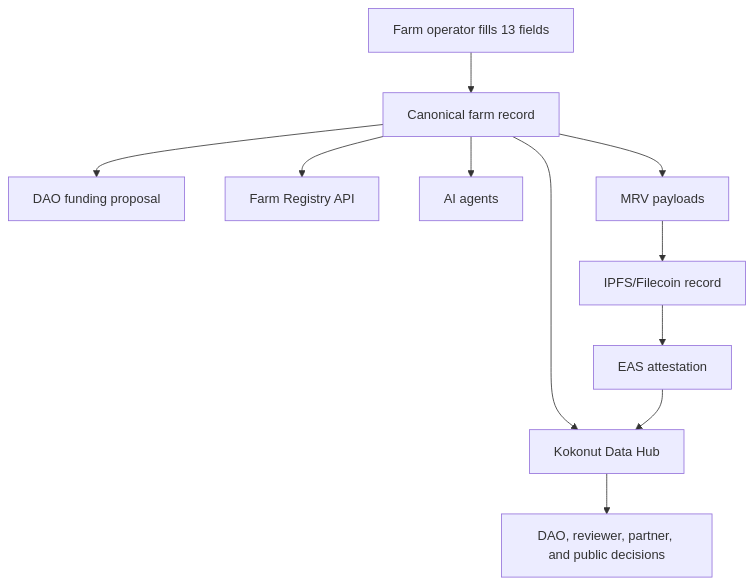
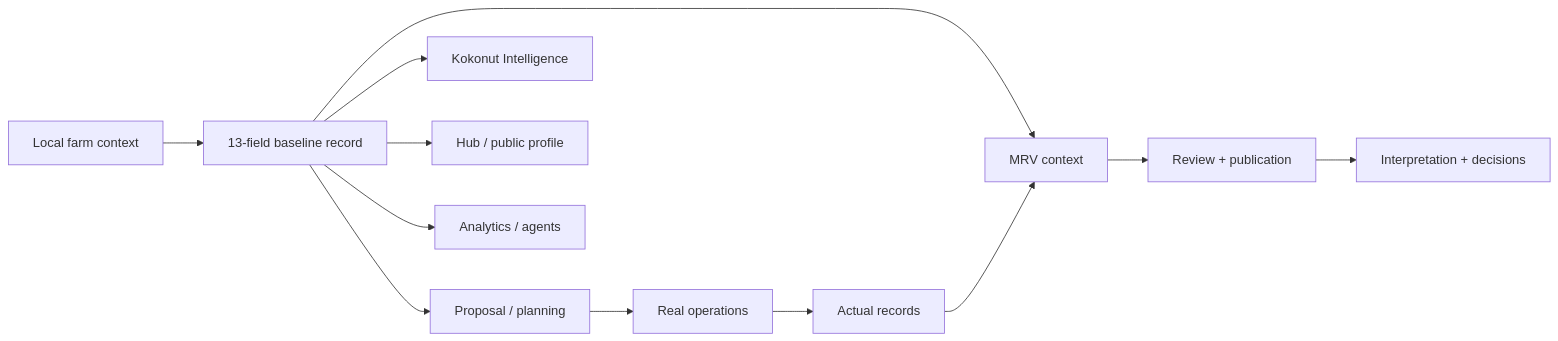
Before and after one commit to wasalo/Kokonut-Public-Site: the first of 2 diagrams in kokonut-framework/framework-components/common-data-schema.mdx, drawn with Mermaid. The commit also changed other lines of this file, not shown here.

Commit message:
docs(kokonut-framework): improve common data schema

````diff
--- a/kokonut-framework/framework-components/common-data-schema.mdx
+++ b/kokonut-framework/framework-components/common-data-schema.mdx
@@ -90,13 +72,15 @@
 ```mermaid
-flowchart TD
-    A["Farm operator fills 13 fields"] --> B["Canonical farm record"]
-    B --> C["DAO funding proposal"]
-    B --> D["Farm Registry API"]
-    B --> E["Kokonut Data Hub"]
-    B --> F["AI agents"]
-    B --> G["MRV payloads"]
-    G --> H["IPFS/Filecoin record"]
-    H --> I["EAS attestation"]
-    I --> E
-    E --> J["DAO, reviewer, partner, and public decisions"]
+flowchart LR
+    A["Local farm context"] --> B["13-field baseline record"]
+    B --> C["Proposal / planning"]
+    B --> D["Kokonut Intelligence"]
+    B --> E["Hub / public profile"]
+    B --> F["MRV context"]
+    B --> G["Analytics / agents"]
+
+    C --> H["Real operations"]
+    H --> I["Actual records"]
+    I --> F
+    F --> J["Review + publication"]
+    J --> K["Interpretation + decisions"]
 ```
````
